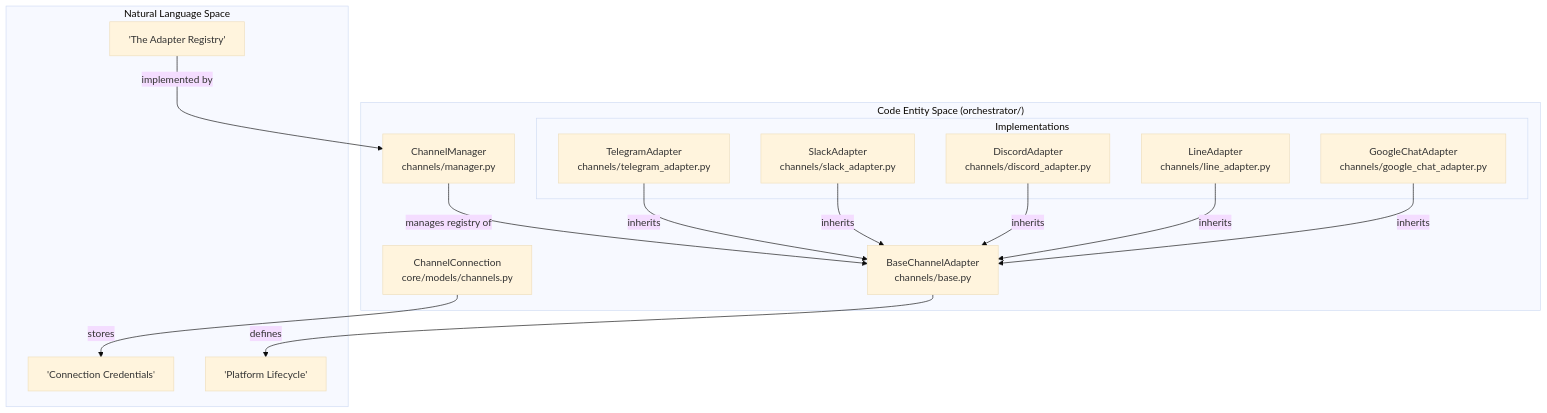
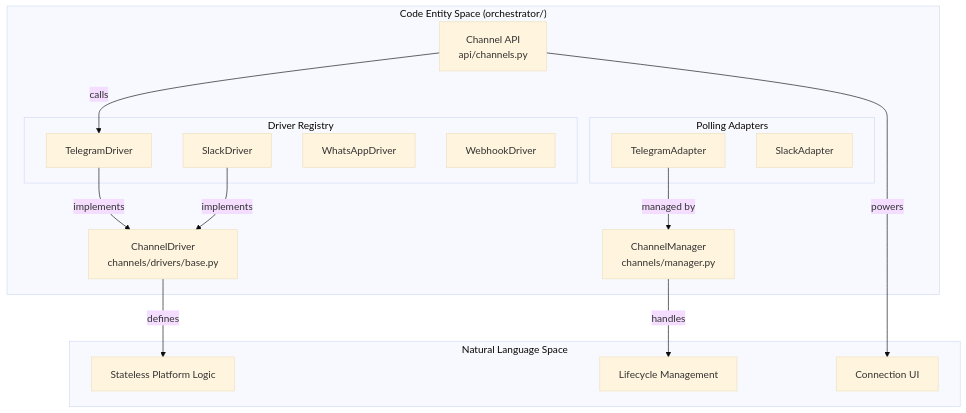
One commit to AutomatosAI/automatos-ai changed the first of 2 diagrams in docs/channel-integrations/_index.md. Above: the diagram before and after it, drawn with Mermaid (base theme). The commit also changed other lines of this file and 191 other files, not shown here.

````diff
--- a/docs/channel-integrations/_index.md
+++ b/docs/channel-integrations/_index.md
@@ -46,32 +56,35 @@
 ```mermaid
 graph TB
     subgraph "Code Entity Space (orchestrator/)"
-        BaseAdapter["BaseChannelAdapter<br/>channels/base.py"]
+        DriverBase["ChannelDriver<br/>channels/drivers/base.py"]
         Manager["ChannelManager<br/>channels/manager.py"]
-        ConnModel["ChannelConnection<br/>core/models/channels.py"]
+        API["Channel API<br/>api/channels.py"]
         
-        subgraph "Implementations"
-            TG["TelegramAdapter<br/>channels/telegram_adapter.py"]
-            SL["SlackAdapter<br/>channels/slack_adapter.py"]
-            DC["DiscordAdapter<br/>channels/discord_adapter.py"]
-            LN["LineAdapter<br/>channels/line_adapter.py"]
-            GC["GoogleChatAdapter<br/>channels/google_chat_adapter.py"]
+        subgraph "Driver Registry"
+            TGD["TelegramDriver"]
+            SLD["SlackDriver"]
+            WAD["WhatsAppDriver"]
+            WHD["WebhookDriver"]
+        end
+
+        subgraph "Polling Adapters"
+            TGA["TelegramAdapter"]
+            SLA["SlackAdapter"]
         end
     end
     
     subgraph "Natural Language Space"
-        Concept1["'The Adapter Registry'"]
-        Concept2["'Connection Credentials'"]
-        Concept3["'Platform Lifecycle'"]
+        Concept1[""Stateless Platform Logic""]
+        Concept2[""Lifecycle Management""]
+        Concept3[""Connection UI""]
     end
     
-    Manager -- "manages registry of" --> BaseAdapter
-    ConnModel -- "stores" --> Concept2
-    BaseAdapter -- "defines" --> Concept3
-    Concept1 -- "implemented by" --> Manager
-    TG -- "inherits" --> BaseAdapter
-    SL -- "inherits" --> BaseAdapter
-    DC -- "inherits" --> BaseAdapter
-    LN -- "inherits" --> BaseAdapter
-    GC -- "inherits" --> BaseAdapter
+    DriverBase -- "defines" --> Concept1
+    Manager -- "handles" --> Concept2
+    API -- "powers" --> Concept3
+    
+    TGD -- "implements" --> DriverBase
+    SLD -- "implements" --> DriverBase
+    TGA -- "managed by" --> Manager
+    API -- "calls" --> TGD
 ```
````
